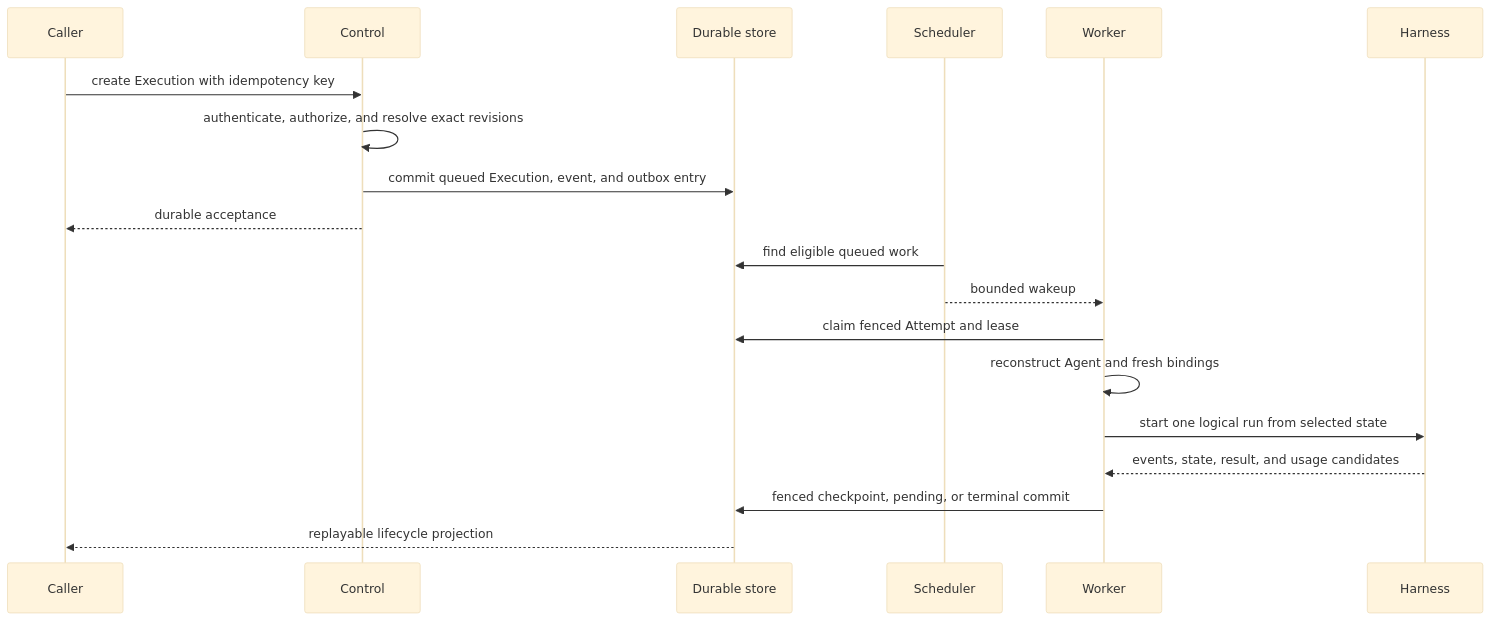
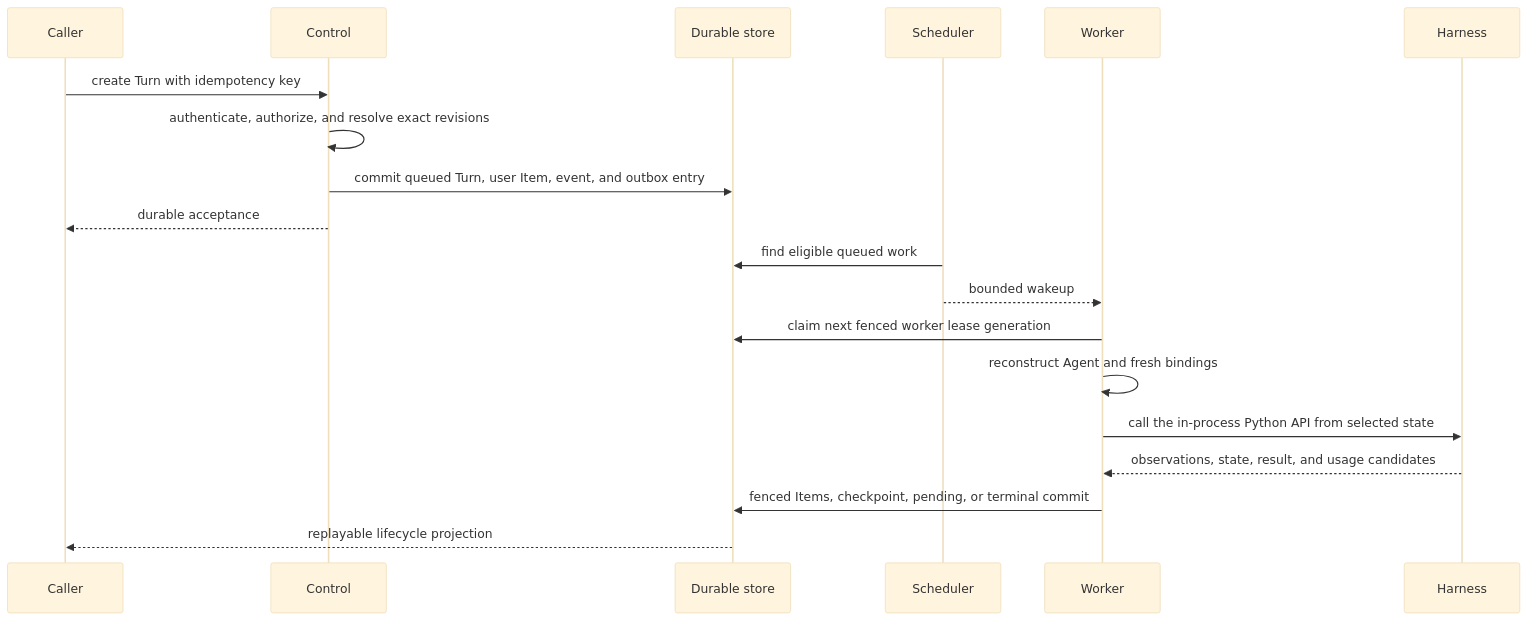
Before and after one commit to converge-ai-labs/agent-foundation: the second of 3 diagrams in spec/foundation-service/00-overview.md, drawn with Mermaid (base theme). The commit also changed other lines of this file and 29 other files, not shown here.

Commit message:
docs(spec): adopt thread turn item lifecycle

````diff
--- a/spec/foundation-service/00-overview.md
+++ b/spec/foundation-service/00-overview.md
@@ -90,22 +91,22 @@
 ```mermaid
 sequenceDiagram
     participant Caller
     participant Control
     participant DB as Durable store
     participant Scheduler
     participant Worker
     participant Harness
 
-    Caller->>Control: create Execution with idempotency key
+    Caller->>Control: create Turn with idempotency key
     Control->>Control: authenticate, authorize, and resolve exact revisions
-    Control->>DB: commit queued Execution, event, and outbox entry
+    Control->>DB: commit queued Turn, user Item, event, and outbox entry
     Control-->>Caller: durable acceptance
     Scheduler->>DB: find eligible queued work
     Scheduler-->>Worker: bounded wakeup
-    Worker->>DB: claim fenced Attempt and lease
+    Worker->>DB: claim next fenced worker lease generation
     Worker->>Worker: reconstruct Agent and fresh bindings
-    Worker->>Harness: start one logical run from selected state
-    Harness-->>Worker: events, state, result, and usage candidates
-    Worker->>DB: fenced checkpoint, pending, or terminal commit
+    Worker->>Harness: call the in-process Python API from selected state
+    Harness-->>Worker: observations, state, result, and usage candidates
+    Worker->>DB: fenced Items, checkpoint, pending, or terminal commit
     DB-->>Caller: replayable lifecycle projection
 ```
````
